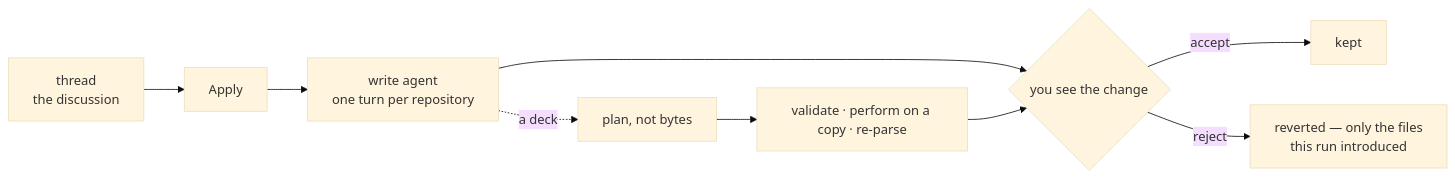
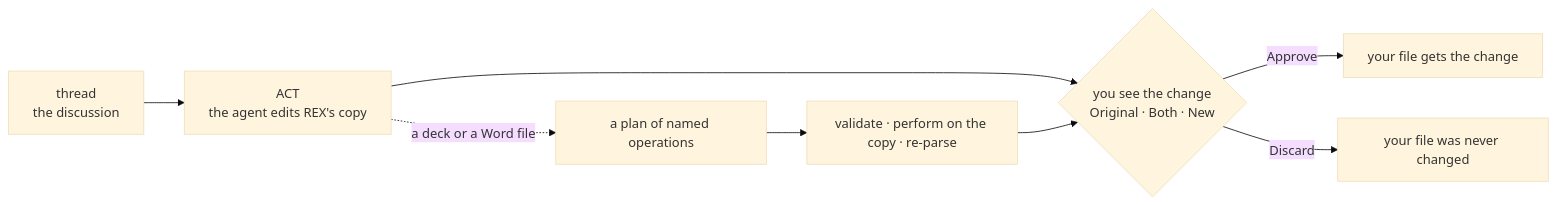
The second of 2 diagrams in README.md (lukaskellerstein/rex), drawn with Mermaid (base theme) before and after one commit. The commit also changed other lines of this file and 17 other files, not shown here.

````diff
--- a/README.md
+++ b/README.md
@@ -346,11 +516,10 @@
 ```mermaid
 graph LR
-    T["thread<br/>the discussion"] --> A["Apply"]
-    A --> W["write agent<br/>one turn per repository"]
-    W --> D{"you see the change"}
-    D -->|accept| K["kept"]
-    D -->|reject| V["reverted — only the files<br/>this run introduced"]
-    W -.->|"a deck"| PL["plan, not bytes"]
-    PL --> VA["validate · perform on a copy · re-parse"]
+    T["thread<br/>the discussion"] --> W["ACT<br/>the agent edits REX's copy"]
+    W --> D{"you see the change<br/>Original · Both · New"}
+    D -->|Approve| K["your file gets the change"]
+    D -->|Discard| V["your file was never changed"]
+    W -.->|"a deck or a Word file"| PL["a plan of named operations"]
+    PL --> VA["validate · perform on the copy · re-parse"]
     VA --> D
 ```
````
